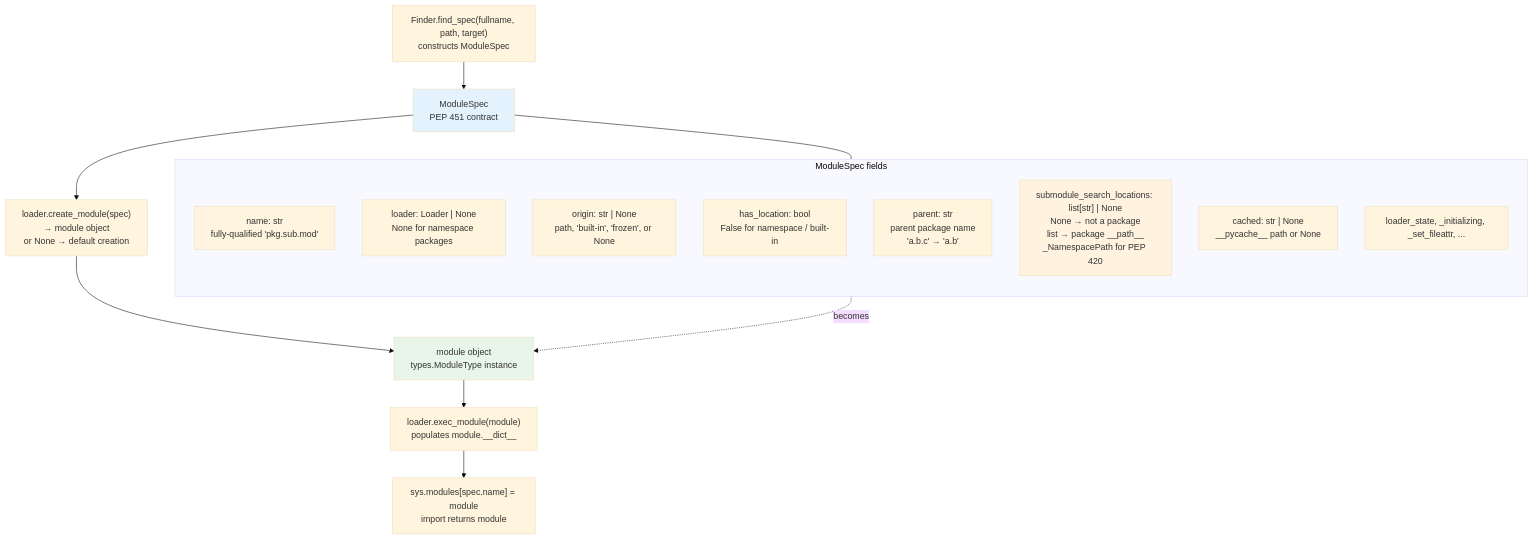
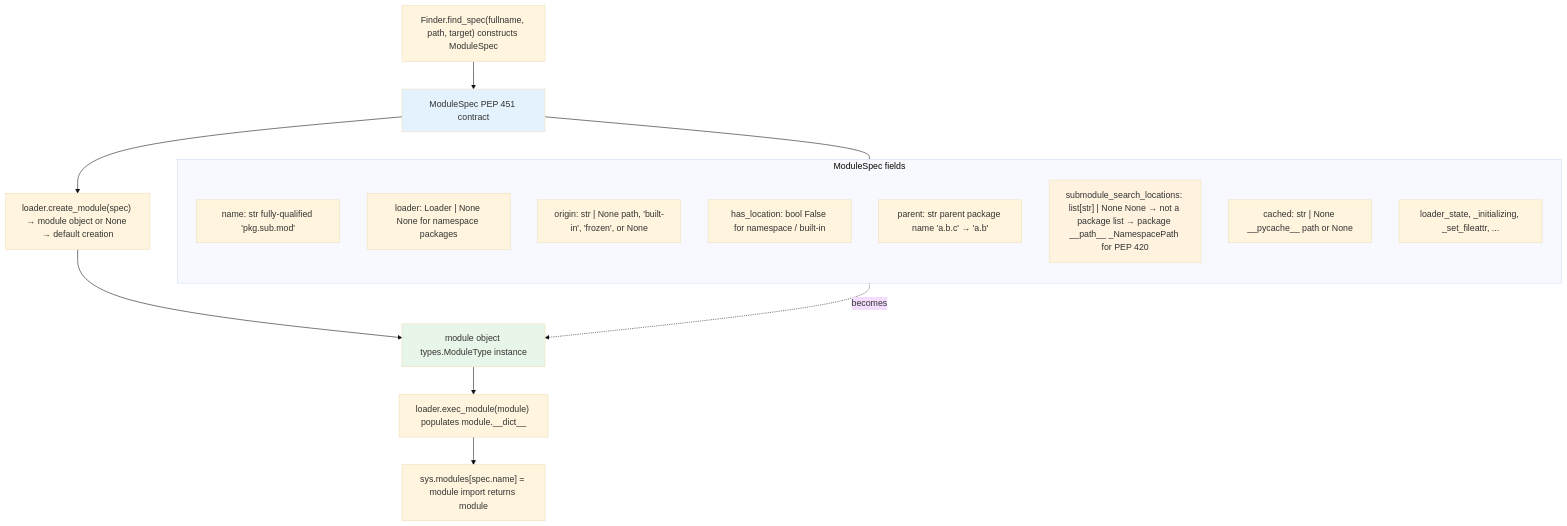
One commit to bumbsclaw/textbooks changed the third of 6 diagrams in vol-16-python-cpython-internals/ch09-import-system.md. Above: the diagram before and after it, drawn with Mermaid (base theme). The commit also changed other lines of this file and 9 other files, not shown here.

First line of the commit message:
fix(pdf, mermaid): syntax-highlighted code blocks + diagram label fixes

````diff
--- a/vol-16-python-cpython-internals/ch09-import-system.md
+++ b/vol-16-python-cpython-internals/ch09-import-system.md
@@ -474,30 +474,30 @@
 ```mermaid
 flowchart TB
-    FINDER["Finder.find_spec(fullname, path, target)<br/>constructs ModuleSpec"]
-    SPEC["ModuleSpec<br/>PEP 451 contract"]
-    CREATE["loader.create_module(spec)<br/>→ module object<br/>or None → default creation"]
-    MOD["module object<br/>types.ModuleType instance"]
-    EXEC["loader.exec_module(module)<br/>populates module.__dict__"]
-    SYS["sys.modules[spec.name] = module<br/>import returns module"]
+    FINDER["Finder.find_spec(fullname, path, target) constructs ModuleSpec"]
+    SPEC["ModuleSpec PEP 451 contract"]
+    CREATE["loader.create_module(spec) → module object or None → default creation"]
+    MOD["module object types.ModuleType instance"]
+    EXEC["loader.exec_module(module) populates module.__dict__"]
+    SYS["sys.modules[spec.name] = module import returns module"]
 
     FINDER --> SPEC --> CREATE --> MOD --> EXEC --> SYS
 
     subgraph Fields ["ModuleSpec fields"]
         direction TB
-        NAME["name: str<br/>fully-qualified 'pkg.sub.mod'"]
-        LOADER["loader: Loader | None<br/>None for namespace packages"]
-        ORIGIN["origin: str | None<br/>path, 'built-in', 'frozen', or None"]
-        LOC["has_location: bool<br/>False for namespace / built-in"]
-        PARENT["parent: str<br/>parent package name<br/>'a.b.c' → 'a.b'"]
-        SEARCH["submodule_search_locations: list[str] | None<br/>None → not a package<br/>list → package __path__<br/>_NamespacePath for PEP 420"]
-        CACHED["cached: str | None<br/>__pycache__ path or None"]
+        NAME["name: str fully-qualified 'pkg.sub.mod'"]
+        LOADER["loader: Loader | None None for namespace packages"]
+        ORIGIN["origin: str | None path, 'built-in', 'frozen', or None"]
+        LOC["has_location: bool False for namespace / built-in"]
+        PARENT["parent: str parent package name 'a.b.c' → 'a.b'"]
+        SEARCH["submodule_search_locations: list[str] | None None → not a package list → package __path__ _NamespacePath for PEP 420"]
+        CACHED["cached: str | None __pycache__ path or None"]
         STATE["loader_state, _initializing, _set_fileattr, ..."]
     end
 
     SPEC --- Fields
     Fields -.->|becomes| MOD
 
     style SPEC fill:#e3f2fd
     style MOD fill:#e8f5e9
     style SEARCH fill:#fff3e0
 ```
````
